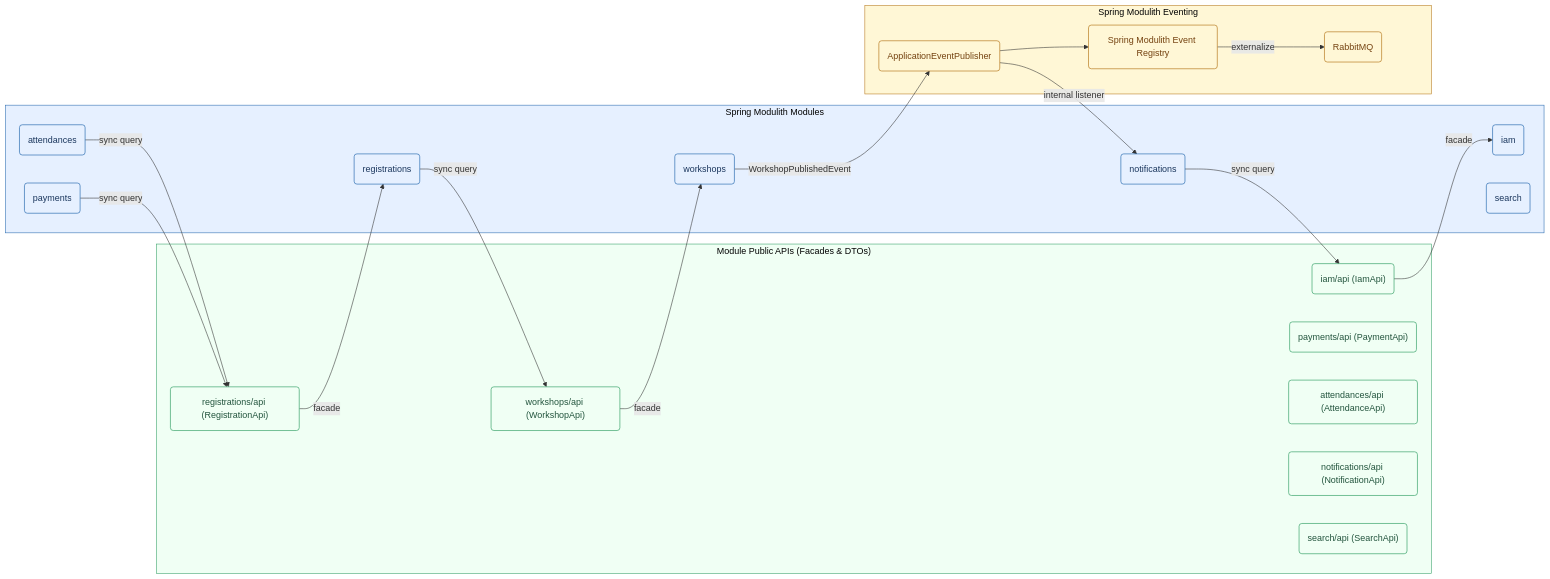
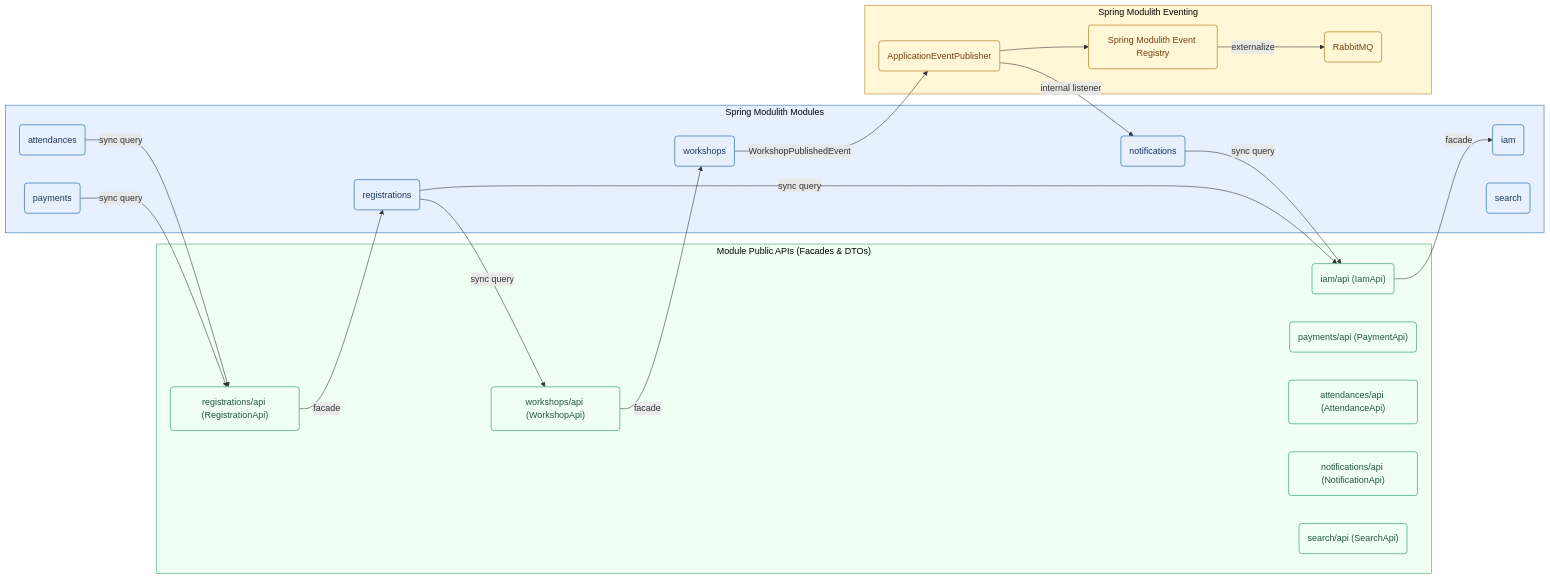
The second of 5 diagrams in docs/project-structure.md (phatnguyen975/unihub-workshop), drawn with Mermaid before and after one commit. The commit also changed 5 other files, not shown here.

````diff
--- a/docs/project-structure.md
+++ b/docs/project-structure.md
@@ -240,50 +240,51 @@
 ```mermaid
 flowchart LR
   subgraph Modules["Spring Modulith Modules"]
     IAM("iam")
     Workshops("workshops")
     Registrations("registrations")
     Payments("payments")
     Attendances("attendances")
     Notifications("notifications")
     Search("search")
   end
   subgraph ModuleApis["Module Public APIs (Facades & DTOs)"]
     IAM_API("iam/api (IamApi)")
     WS_API("workshops/api (WorkshopApi)")
     REG_API("registrations/api (RegistrationApi)")
     PAY_API("payments/api (PaymentApi)")
     ATT_API("attendances/api (AttendanceApi)")
     NOT_API("notifications/api (NotificationApi)")
     SR_API("search/api (SearchApi)")
   end
   subgraph Eventing["Spring Modulith Eventing"]
     Publisher("ApplicationEventPublisher")
     Registry("Spring Modulith Event Registry")
     Broker("RabbitMQ")
   end
 
   Registrations -- sync query --> WS_API
   WS_API -- facade --> Workshops
+  Registrations -- sync query --> IAM_API
   Payments -- sync query --> REG_API
   REG_API -- facade --> Registrations
   Attendances -- sync query --> REG_API
   Notifications -- sync query --> IAM_API
   IAM_API -- facade --> IAM
   Workshops -- WorkshopPublishedEvent --> Publisher
   Publisher -- internal listener --> Notifications
   Publisher --> Registry
   Registry -- externalize --> Broker
 
   classDef module fill:#e6f0ff,stroke:#2b6cb0,stroke-width:1.2px,color:#1a365d
   classDef apiSurface fill:#f0fff4,stroke:#38a169,stroke-width:1.2px,color:#22543d
   classDef eventing fill:#fff7d6,stroke:#b7791f,stroke-width:1.2px,color:#744210
 
   class IAM,Workshops,Registrations,Payments,Attendances,Notifications,Search module
   class IAM_API,WS_API,REG_API,PAY_API,ATT_API,NOT_API,SR_API apiSurface
   class Publisher,Registry,Broker eventing
 
   style Modules fill:#e6f0ff,stroke:#2b6cb0,color:#000000
   style ModuleApis fill:#f0fff4,stroke:#38a169,color:#000000
   style Eventing fill:#fff7d6,stroke:#b7791f,color:#000000
 ```
````
